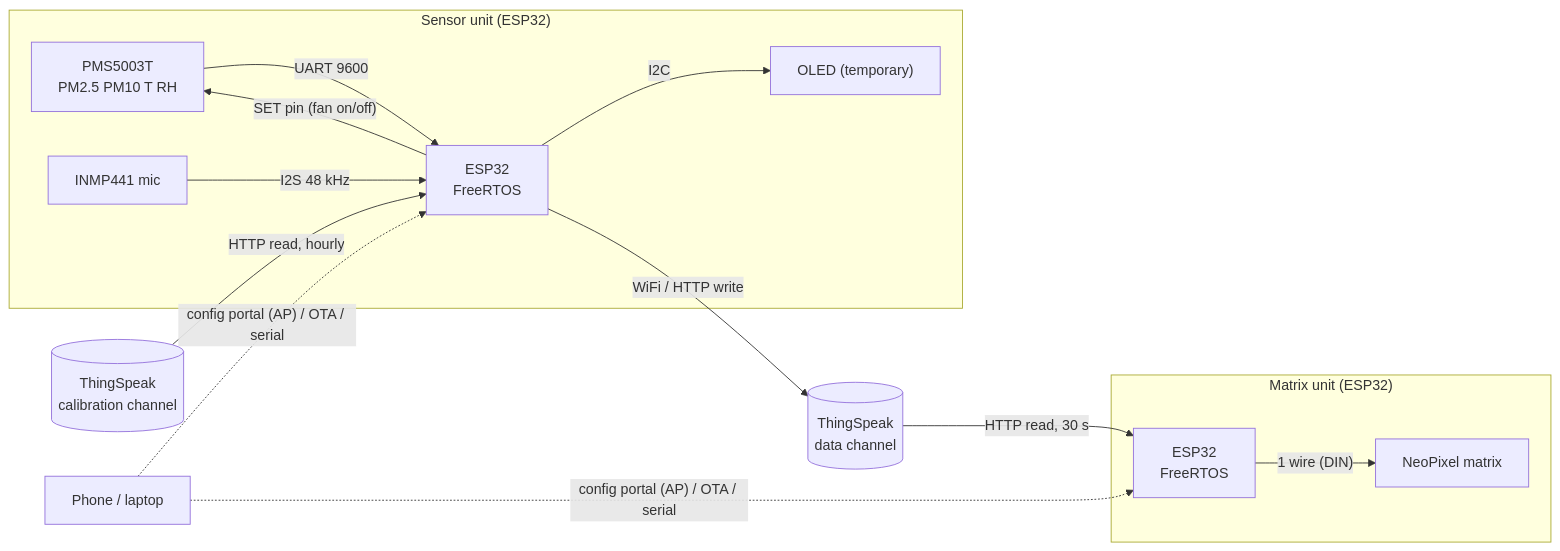
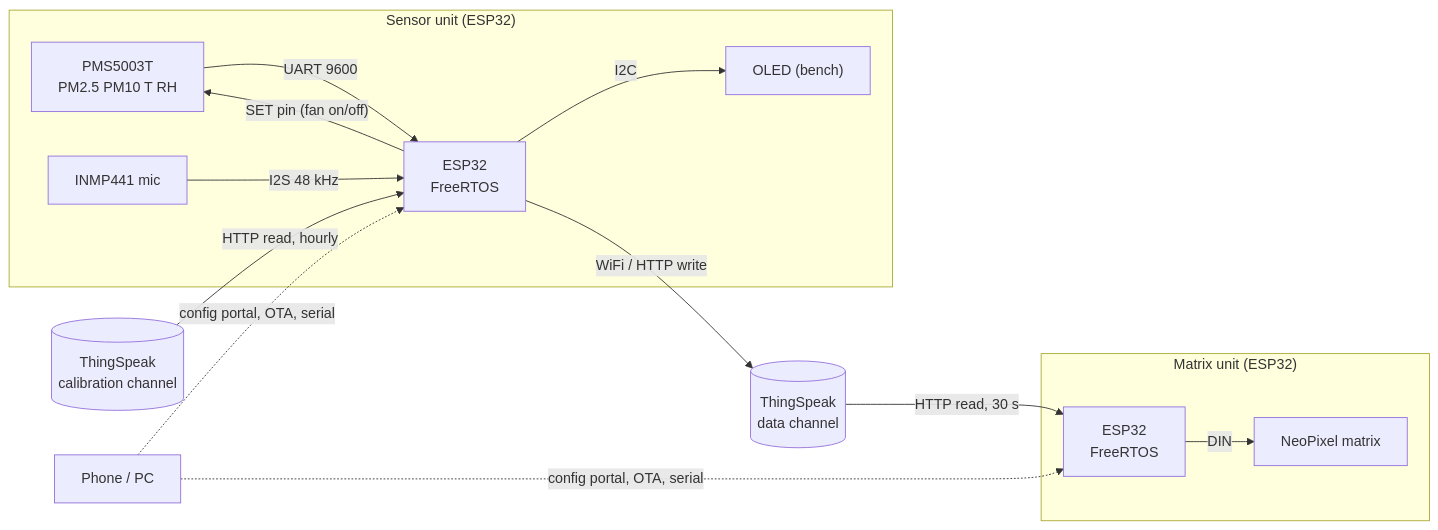
One commit to FPetkovski127/PMS_FreeRTOS changed the first of 12 diagrams in CODE_EXPLAINED.md. Above: the diagram before and after it, drawn with Mermaid. The commit also changed other lines of this file and 60 other files, not shown here.

````diff
--- a/CODE_EXPLAINED.md
+++ b/CODE_EXPLAINED.md
@@ -29,17 +23,17 @@
 ```mermaid
 flowchart LR
   subgraph SENSOR["Sensor unit (ESP32)"]
     PMS["PMS5003T<br/>PM2.5 PM10 T RH"] -- "UART 9600" --> ESP1["ESP32<br/>FreeRTOS"]
     MIC["INMP441 mic"] -- "I2S 48 kHz" --> ESP1
-    ESP1 -- "I2C" --> OLED["OLED (temporary)"]
+    ESP1 -- "I2C" --> OLED["OLED (bench)"]
     ESP1 -- "SET pin (fan on/off)" --> PMS
   end
   ESP1 -- "WiFi / HTTP write" --> TS[("ThingSpeak<br/>data channel")]
   CAL[("ThingSpeak<br/>calibration channel")] -- "HTTP read, hourly" --> ESP1
   TS -- "HTTP read, 30 s" --> ESP2
   subgraph MATRIX["Matrix unit (ESP32)"]
-    ESP2["ESP32<br/>FreeRTOS"] -- "1 wire (DIN)" --> LED["NeoPixel matrix"]
+    ESP2["ESP32<br/>FreeRTOS"] -- "DIN" --> LED["NeoPixel matrix"]
   end
-  PHONE["Phone / laptop"] -. "config portal (AP) / OTA / serial" .-> ESP1
-  PHONE -. "config portal (AP) / OTA / serial" .-> ESP2
+  PHONE["Phone / PC"] -. "config portal, OTA, serial" .-> ESP1
+  PHONE -. "config portal, OTA, serial" .-> ESP2
 ```
````
